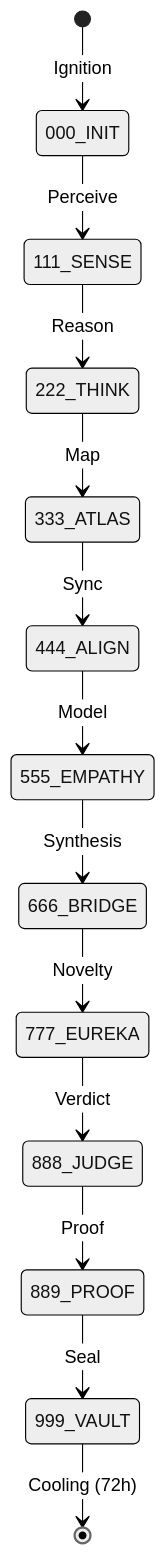
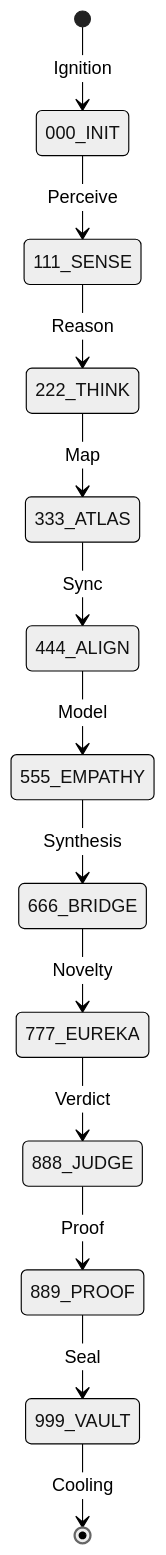
One commit to ariffazil/arifos changed the second of 2 diagrams in README.md. Above: the diagram before and after it, drawn with Mermaid (neutral theme). The commit also changed other lines of this file and 1 other file, not shown here.

````diff
--- a/README.md
+++ b/README.md
@@ -120,15 +140,15 @@
 ```mermaid
 stateDiagram-v2
     [*] --> 000_INIT: Ignition
     000_INIT --> 111_SENSE: Perceive
     111_SENSE --> 222_THINK: Reason
     222_THINK --> 333_ATLAS: Map
     333_ATLAS --> 444_ALIGN: Sync
     444_ALIGN --> 555_EMPATHY: Model
     555_EMPATHY --> 666_BRIDGE: Synthesis
     666_BRIDGE --> 777_EUREKA: Novelty
     777_EUREKA --> 888_JUDGE: Verdict
     888_JUDGE --> 889_PROOF: Proof
     889_PROOF --> 999_VAULT: Seal
-    999_VAULT --> [*]: Cooling (72h)
+    999_VAULT --> [*]: Cooling
 ```
````
